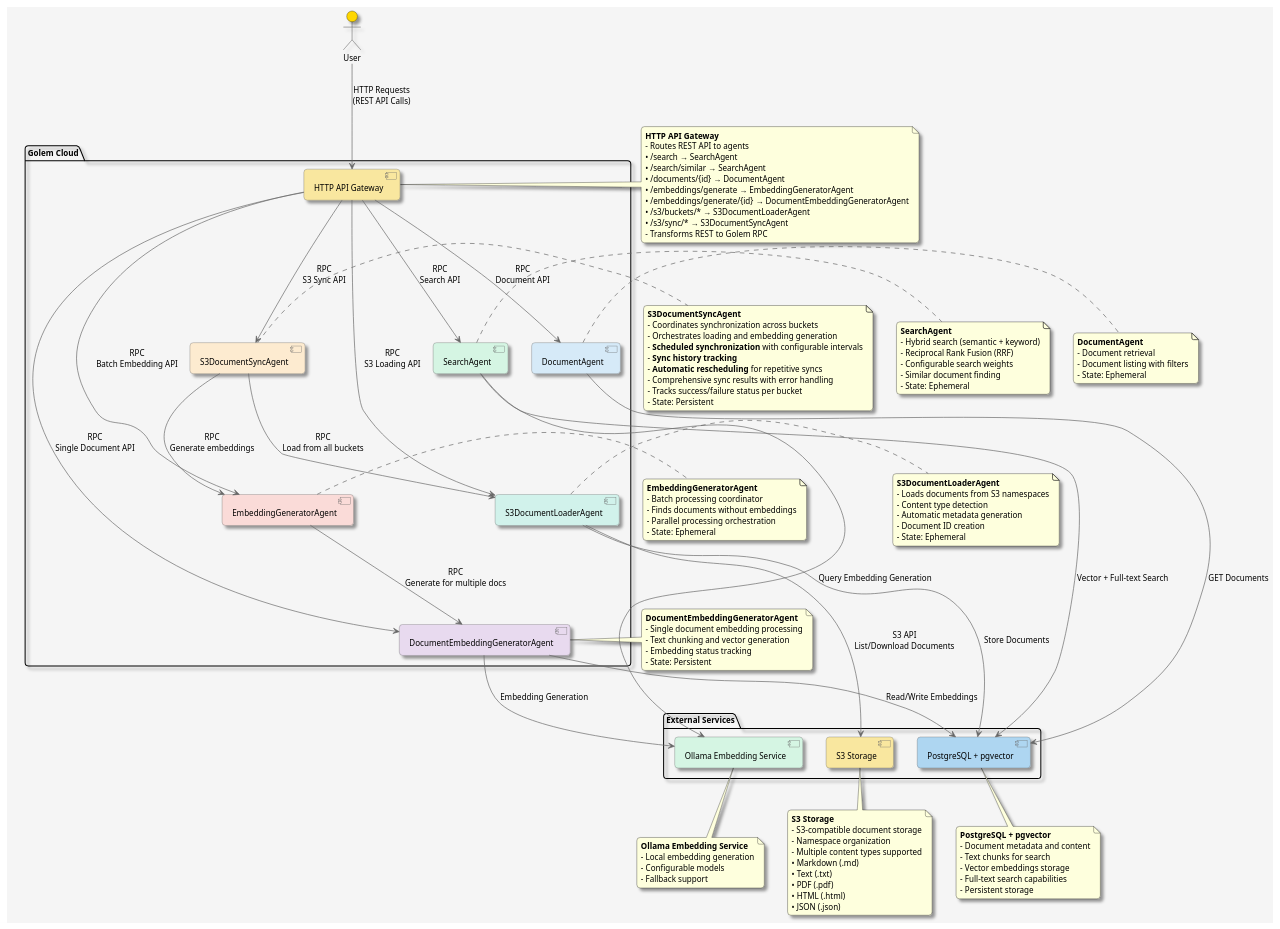
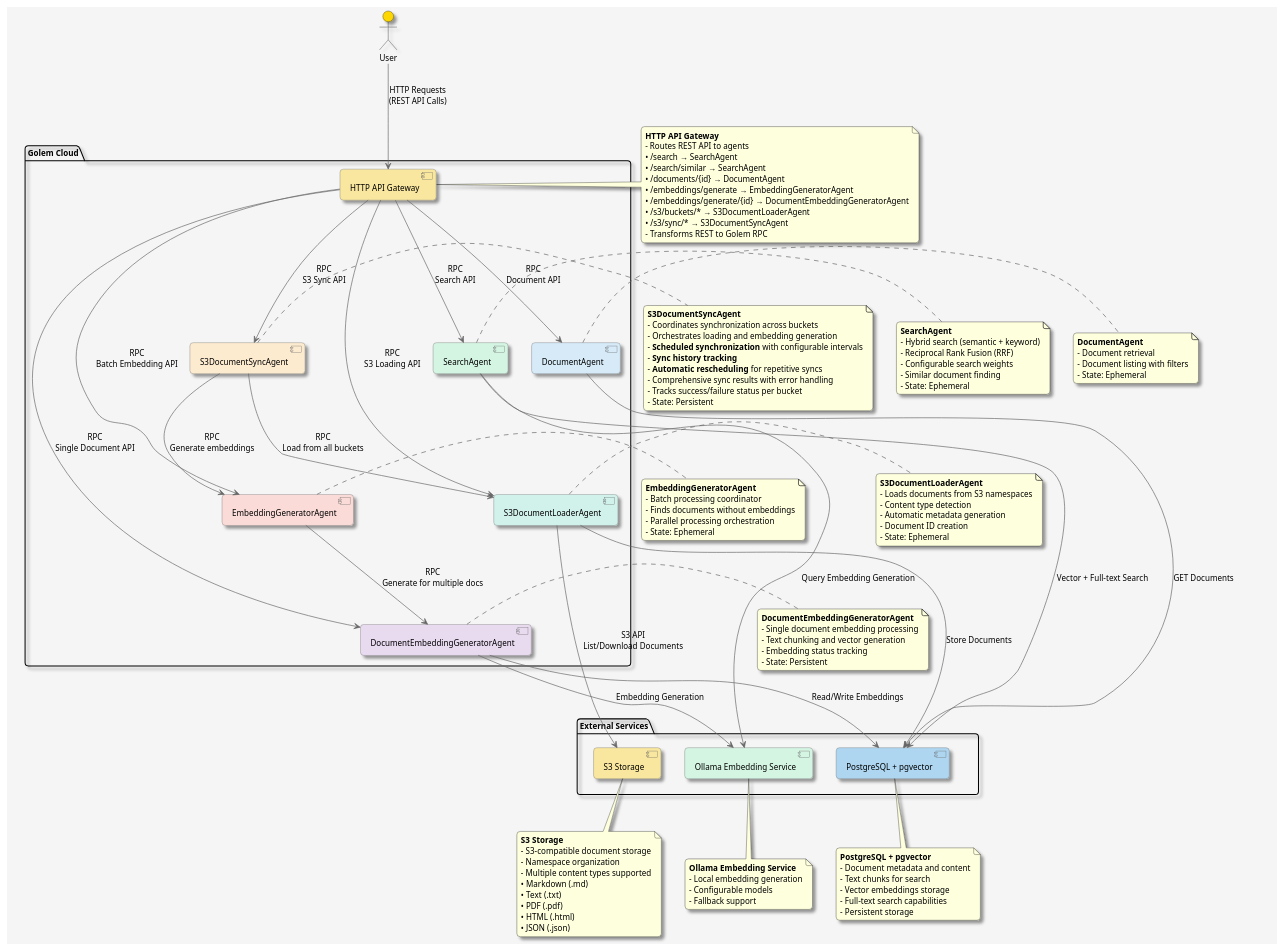
Before and after one commit to justcoon/golem-rag-rust: the diagram in architecture.puml, drawn with PlantUML. The commit also changed 1 other file, not shown here.

```diff
--- a/architecture.puml
+++ b/architecture.puml
@@ -1,154 +1,156 @@
 @startuml Golem RAG System Architecture
 
 ' Define styles
 skinparam componentStyle uml2
 skinparam backgroundColor #F5F5F5
 skinparam defaultFontName Arial
 skinparam defaultFontSize 12
 skinparam roundcorner 10
 skinparam shadowing true
 skinparam ArrowColor #666666
 skinparam ComponentBackgroundColor #E8E8E8
 skinparam ComponentBorderColor #666666
 
 ' Define external actors and services
 actor "User" as user #FFD700
 
 package "Golem Cloud" as golem {
     [HTTP API Gateway] as gateway #F9E79F
     [SearchAgent] as search #D5F5E3
     [DocumentAgent] as document #D6EAF8
     [EmbeddingGeneratorAgent] as embedding_gen #FADBD8
     [DocumentEmbeddingGeneratorAgent] as doc_embedding_gen #E8DAEF
     [S3DocumentLoaderAgent] as s3_loader #D1F2EB
     [S3DocumentSyncAgent] as s3_sync #FDEBD0
 }
 
 package "External Services" as external {
     [PostgreSQL + pgvector] as postgres #AED6F1
     [S3 Storage] as s3 #F9E79F
     [Ollama Embedding Service] as ollama #D5F5E3
 }
+
+gateway -[hidden]-> external
 
 ' Define relationships
 user --> gateway : "HTTP Requests\n(REST API Calls)"
 
 gateway --> search : "RPC\nSearch API"
 gateway --> document : "RPC\nDocument API"
 gateway --> embedding_gen : "RPC\nBatch Embedding API"
 gateway --> doc_embedding_gen : "RPC\nSingle Document API"
 gateway --> s3_loader : "RPC\nS3 Loading API"
 gateway --> s3_sync : "RPC\nS3 Sync API"
 
 ' Agent-to-agent communication
 search --> postgres : "Vector + Full-text Search"
 search --> ollama : "Query Embedding Generation"
 
 document --> postgres : "GET Documents"
 
 embedding_gen --> doc_embedding_gen : "RPC\nGenerate for multiple docs"
 doc_embedding_gen --> postgres : "Read/Write Embeddings"
 doc_embedding_gen --> ollama : "Embedding Generation"
 
 s3_loader --> s3 : "S3 API\nList/Download Documents"
 s3_loader --> postgres : "Store Documents"
 
 s3_sync --> s3_loader : "RPC\nLoad from all buckets"
 s3_sync --> embedding_gen : "RPC\nGenerate embeddings"
 
 ' Add notes
 note right of gateway
   <b>HTTP API Gateway</b>
   - Routes REST API to agents
   • /search → SearchAgent
   • /search/similar → SearchAgent
   • /documents/{id} → DocumentAgent
   • /embeddings/generate → EmbeddingGeneratorAgent
   • /embeddings/generate/{id} → DocumentEmbeddingGeneratorAgent
   • /s3/buckets/* → S3DocumentLoaderAgent
   • /s3/sync/* → S3DocumentSyncAgent
   - Transforms REST to Golem RPC
 end note
 
 note right of search
   <b>SearchAgent</b>
   - Hybrid search (semantic + keyword)
   - Reciprocal Rank Fusion (RRF)
   - Configurable search weights
   - Similar document finding
   - State: Ephemeral
 end note
 
 note right of document
   <b>DocumentAgent</b>
   - Document retrieval
   - Document listing with filters
   - State: Ephemeral
 end note
 
 note right of embedding_gen
   <b>EmbeddingGeneratorAgent</b>
   - Batch processing coordinator
   - Finds documents without embeddings
   - Parallel processing orchestration
   - State: Ephemeral
 end note
 
 note right of doc_embedding_gen
   <b>DocumentEmbeddingGeneratorAgent</b>
   - Single document embedding processing
   - Text chunking and vector generation
   - Embedding status tracking
   - State: Persistent
 end note
 
 note right of s3_loader
   <b>S3DocumentLoaderAgent</b>
   - Loads documents from S3 namespaces
   - Content type detection
   - Automatic metadata generation
   - Document ID creation
   - State: Ephemeral
 end note
 
 note right of s3_sync
   <b>S3DocumentSyncAgent</b>
   - Coordinates synchronization across buckets
   - Orchestrates loading and embedding generation
   - **Scheduled synchronization** with configurable intervals
   - **Sync history tracking**
   - **Automatic rescheduling** for repetitive syncs
   - Comprehensive sync results with error handling
   - Tracks success/failure status per bucket
   - State: Persistent
 end note
 
 note bottom of postgres
   <b>PostgreSQL + pgvector</b>
   - Document metadata and content
   - Text chunks for search
   - Vector embeddings storage
   - Full-text search capabilities
   - Persistent storage
 end note
 
 note bottom of s3
   <b>S3 Storage</b>
   - S3-compatible document storage
   - Namespace organization
   - Multiple content types supported
   • Markdown (.md)
   • Text (.txt)
   • PDF (.pdf)
   • HTML (.html)
   • JSON (.json)
 end note
 
 note bottom of ollama
   <b>Ollama Embedding Service</b>
   - Local embedding generation
   - Configurable models
   - Fallback support
 end note
 
 @enduml
```
